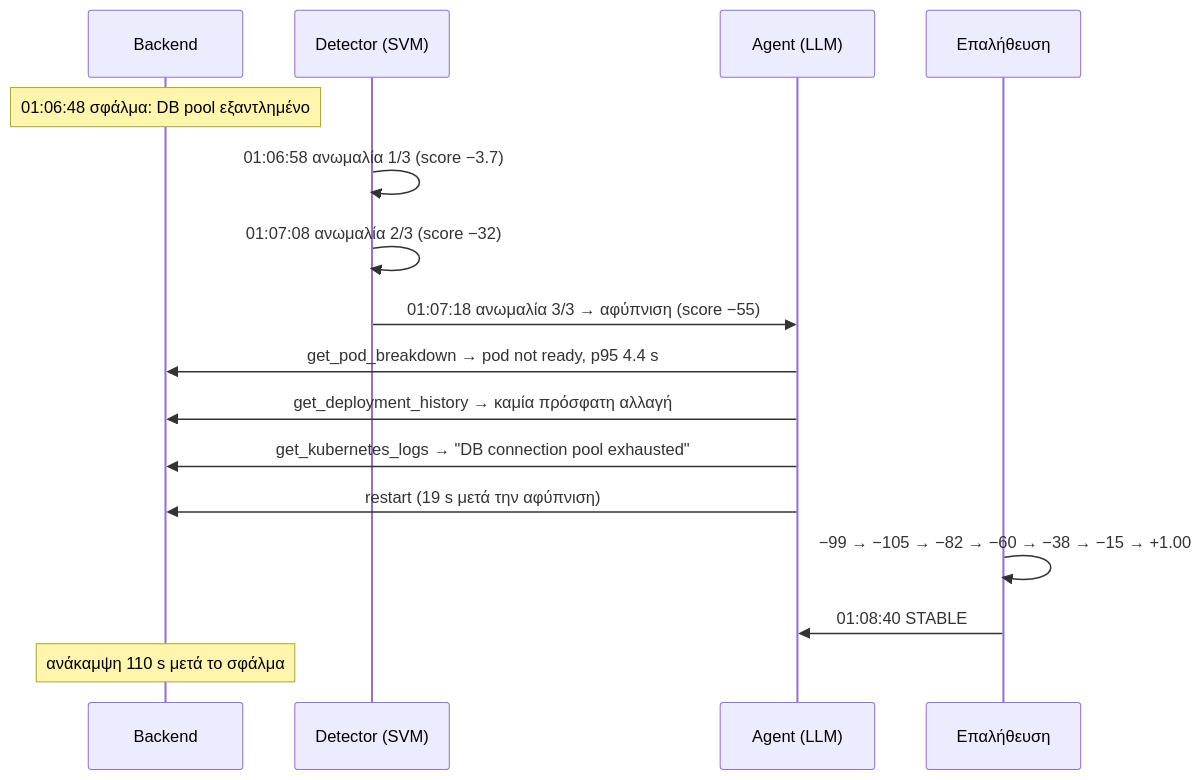
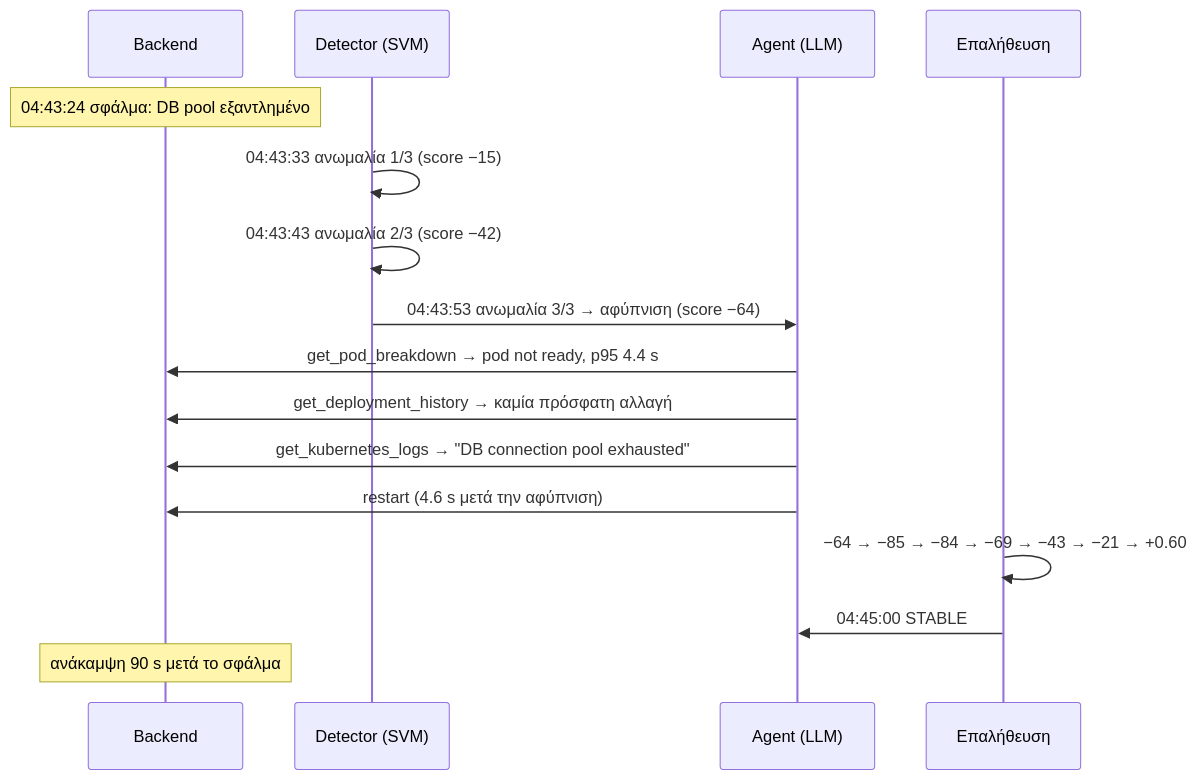
Before and after one commit to Ichalvatz/Autonomous-System-Resource-Management-Using-Multi-Agent-Systems: the sixth of 7 diagrams in thesis_notes/presentation.md, drawn with Mermaid. The commit also changed other lines of this file and 285 other files, not shown here.

````diff
--- a/thesis_notes/presentation.md
+++ b/thesis_notes/presentation.md
@@ -192,18 +192,18 @@
 ```mermaid
 sequenceDiagram
     participant App as Backend
     participant Det as Detector (SVM)
     participant Ag as Agent (LLM)
     participant Ver as Επαλήθευση
-    Note over App: 01:06:48 σφάλμα: DB pool εξαντλημένο
-    Det->>Det: 01:06:58 ανωμαλία 1/3 (score −3.7)
-    Det->>Det: 01:07:08 ανωμαλία 2/3 (score −32)
-    Det->>Ag: 01:07:18 ανωμαλία 3/3 → αφύπνιση (score −55)
+    Note over App: 04:43:24 σφάλμα: DB pool εξαντλημένο
+    Det->>Det: 04:43:33 ανωμαλία 1/3 (score −15)
+    Det->>Det: 04:43:43 ανωμαλία 2/3 (score −42)
+    Det->>Ag: 04:43:53 ανωμαλία 3/3 → αφύπνιση (score −64)
     Ag->>App: get_pod_breakdown → pod not ready, p95 4.4 s
     Ag->>App: get_deployment_history → καμία πρόσφατη αλλαγή
     Ag->>App: get_kubernetes_logs → "DB connection pool exhausted"
-    Ag->>App: restart (19 s μετά την αφύπνιση)
-    Ver->>Ver: −99 → −105 → −82 → −60 → −38 → −15 → +1.00
-    Ver->>Ag: 01:08:40 STABLE
-    Note over App: ανάκαμψη 110 s μετά το σφάλμα
+    Ag->>App: restart (4.6 s μετά την αφύπνιση)
+    Ver->>Ver: −64 → −85 → −84 → −69 → −43 → −21 → +0.60
+    Ver->>Ag: 04:45:00 STABLE
+    Note over App: ανάκαμψη 90 s μετά το σφάλμα
 ```
````
